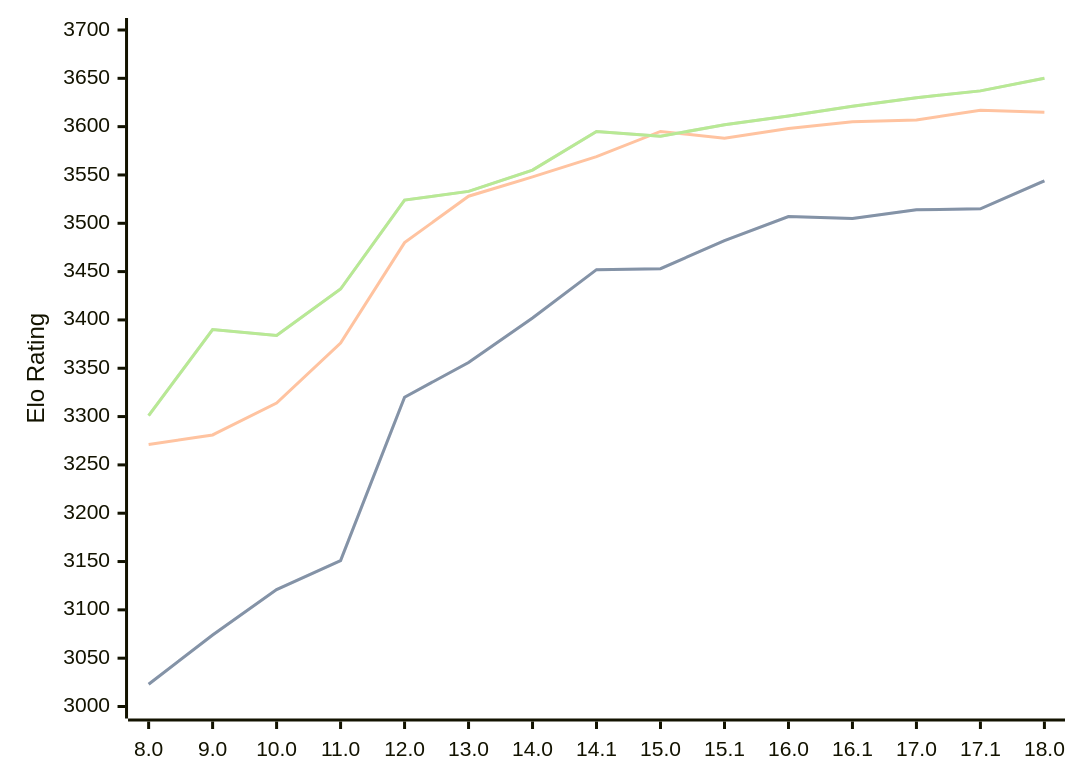
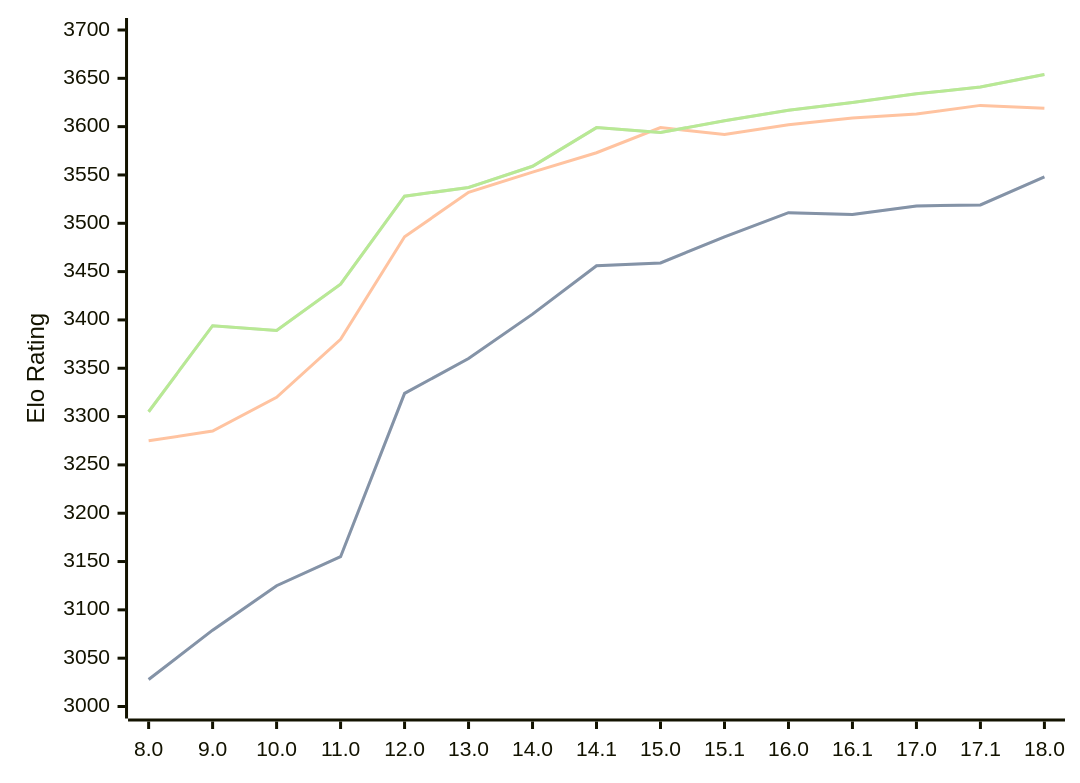
Before and after one commit to computer-chess-index/cci: the diagram in engines/Stockfish.md, drawn with Mermaid. The commit also changed other lines of this file, not shown here.

Commit message:
Update CCI Ratings (ELO VLTC) - 2026-04-18

````diff
--- a/engines/Stockfish.md
+++ b/engines/Stockfish.md
@@ -46,11 +46,11 @@
 ```mermaid
 %%{init: {"theme":"base","themeVariables":{"seriesColors:['#a3a3a3','#222221','#faa371']}}}%%
 xychart-beta
   x-axis ["8.0", "9.0", "10.0", "11.0", "12.0", "13.0", "14.0", "14.1", "15.0", "15.1", "16.0", "16.1", "17.0", "17.1", "18.0"]
   y-axis "Elo Rating" 3000 --> 3700
-  line "STC (8.0+0.08s)" [3023, 3074, 3121, 3151, 3320, 3356, 3402, 3452, 3453, 3482, 3507, 3505, 3514, 3515, 3544]
-  line "STC (8.0+0.08s)" [3023, 3074, 3121, 3151, 3320, 3356, 3402, 3452, 3453, 3482, 3507, 3505, 3514, 3515, 3544]
-  line "LTC (60.0+0.60s)" [3271, 3281, 3314, 3376, 3480, 3528, 3548, 3569, 3595, 3588, 3598, 3605, 3607, 3617, 3615]
-  line "VLTC (2m24s+1.12s)" [3301, 3390, 3384, 3432, 3524, 3533, 3555, 3595, 3590, 3602, 3611, 3621, 3630, 3637, 3650]
-  line "VLTC (2m24s+1.12s)" [3301, 3390, 3384, 3432, 3524, 3533, 3555, 3595, 3590, 3602, 3611, 3621, 3630, 3637, 3650]
+  line "STC (8.0+0.08s)" [3028, 3079, 3125, 3155, 3324, 3360, 3406, 3456, 3459, 3486, 3511, 3509, 3518, 3519, 3548]
+  line "STC (8.0+0.08s)" [3028, 3079, 3125, 3155, 3324, 3360, 3406, 3456, 3459, 3486, 3511, 3509, 3518, 3519, 3548]
+  line "LTC (60.0+0.60s)" [3275, 3285, 3320, 3380, 3486, 3532, 3553, 3573, 3599, 3592, 3602, 3609, 3613, 3622, 3619]
+  line "VLTC (2m24s+1.12s)" [3305, 3394, 3389, 3437, 3528, 3537, 3559, 3599, 3594, 3606, 3617, 3625, 3634, 3641, 3654]
+  line "VLTC (2m24s+1.12s)" [3305, 3394, 3389, 3437, 3528, 3537, 3559, 3599, 3594, 3606, 3617, 3625, 3634, 3641, 3654]
 ```
````
